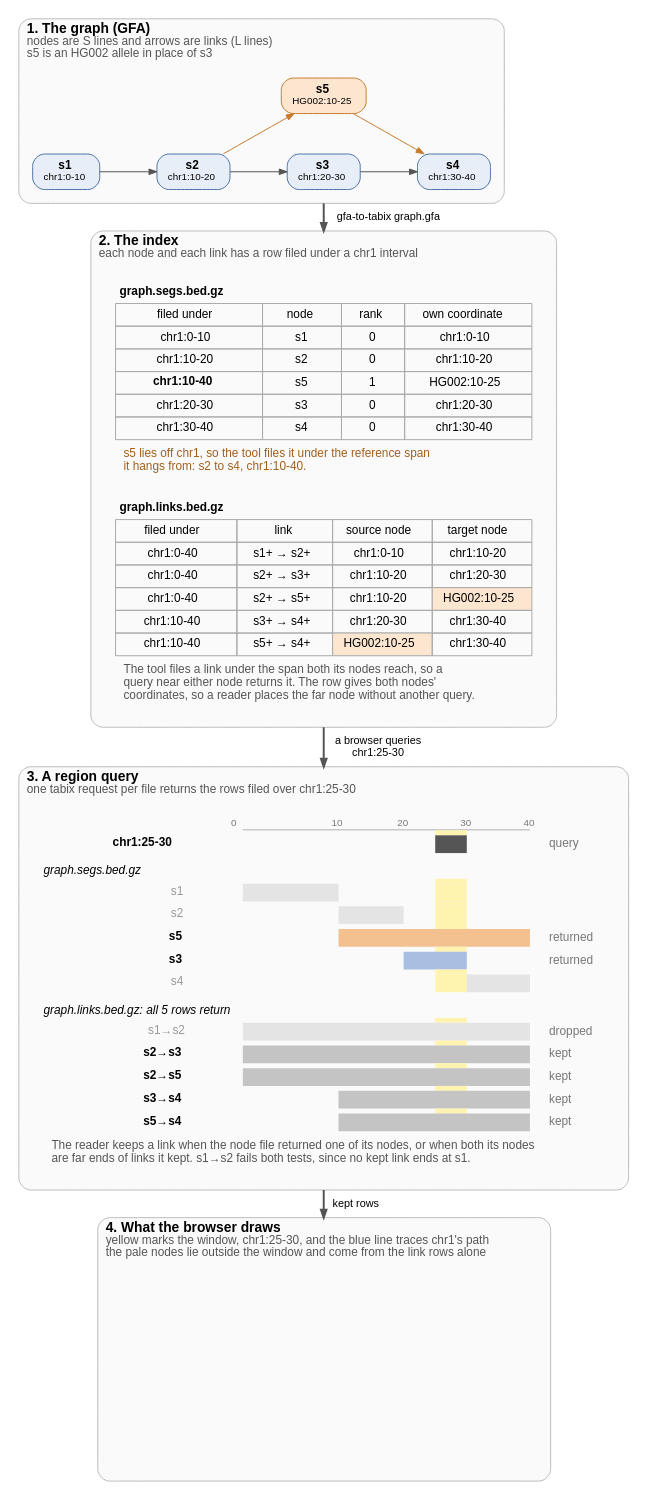
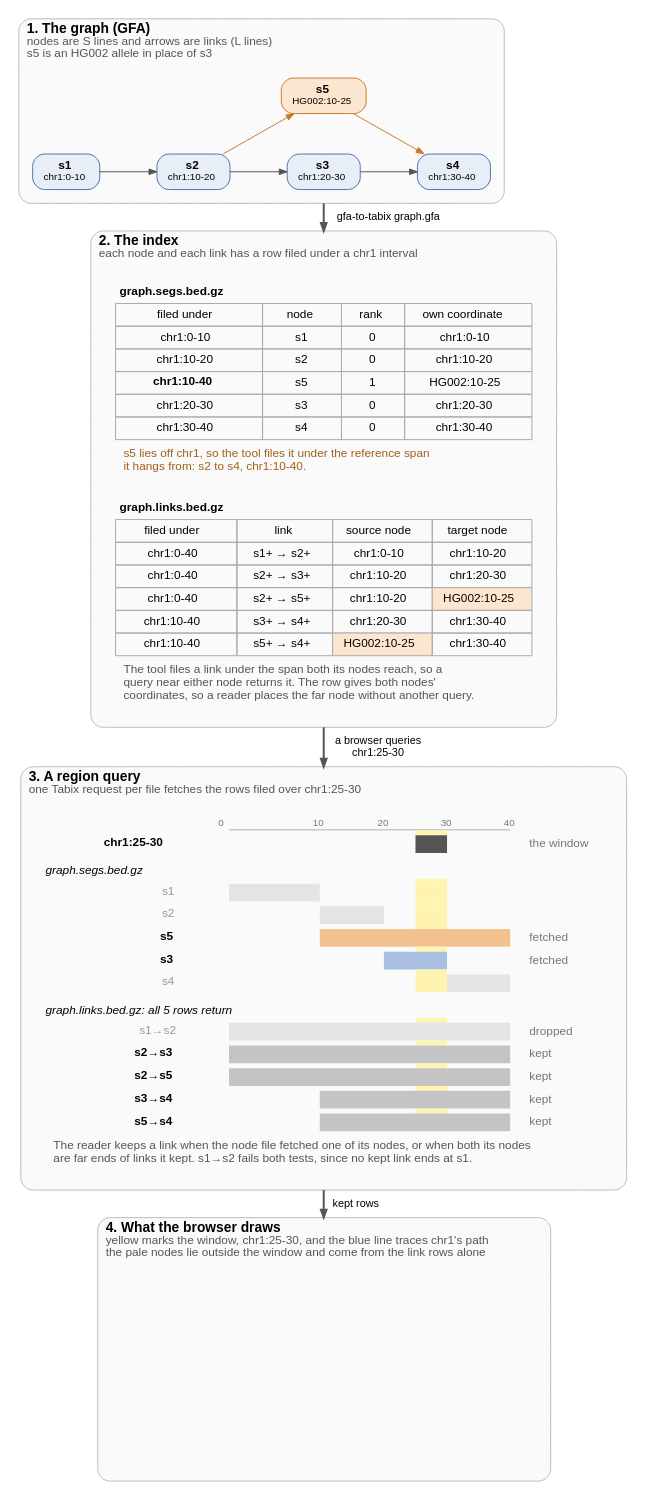
Before and after one commit to GMOD/gfa-to-tabix: the diagram in docs/figures/overview-detail.dot, drawn with Graphviz. The commit also changed 5 other files, not shown here.

First line of the commit message:
Overview figures: say the browser fetches rows to view a window

```diff
--- a/docs/figures/overview-detail.dot
+++ b/docs/figures/overview-detail.dot
@@ -1,117 +1,117 @@
 // scripts/figures.py fills the marked rows from the tool's output and draws this figure
 digraph overview {
   bgcolor="white"
   fontname="Helvetica"
   newrank=true
   compound=true
   nodesep=0.4
   ranksep=0.55
   node [fontname="Helvetica", fontsize=12, shape=box, style="filled,rounded", fillcolor="#e8eef7", color="#4a6fa5", margin="0.15,0.06"]
   edge [fontname="Helvetica", fontsize=11, color="#555555", arrowsize=0.8]
 
   subgraph {
     graph [labeljust=l, fontsize=14, color="#bbbbbb", style="rounded,filled", fillcolor="#fafafa", margin=14]
 
     subgraph cluster_graph {
       label=<<B>1. The graph (GFA)</B><BR ALIGN="LEFT"/><FONT POINT-SIZE="12" COLOR="#555555">nodes are S lines and arrows are links (L lines)</FONT><BR ALIGN="LEFT"/><FONT POINT-SIZE="12" COLOR="#555555">s5 is an HG002 allele in place of s3</FONT><BR ALIGN="LEFT"/>>
       // begin graph
       s1 [label=<<B>s1</B><BR/><FONT POINT-SIZE="10">chr1:0-10</FONT>>]
       s2 [label=<<B>s2</B><BR/><FONT POINT-SIZE="10">chr1:10-20</FONT>>]
       s3 [label=<<B>s3</B><BR/><FONT POINT-SIZE="10">chr1:20-30</FONT>>]
       s4 [label=<<B>s4</B><BR/><FONT POINT-SIZE="10">chr1:30-40</FONT>>]
       s5 [label=<<B>s5</B><BR/><FONT POINT-SIZE="10">HG002:10-25</FONT>>, fillcolor="#fde6cf", color="#c77a2b"]
       {rank=same; s1; s2; s3; s4}
       s1 -> s2 [weight=20]
       s2 -> s3 [weight=20]
       s2 -> s5 [color="#c77a2b", constraint=false]
       s3 -> s4 [weight=20]
       s5 -> s4 [color="#c77a2b", constraint=false]
       s5 -> s3 [style=invis, weight=20]
       // end graph
     }
 
     subgraph cluster_files {
       label=<<B>2. The index</B><BR ALIGN="LEFT"/><FONT POINT-SIZE="12" COLOR="#555555">each node and each link has a row filed under a chr1 interval</FONT><BR ALIGN="LEFT"/>>
       rows [shape=plaintext, style="", label=<
         <TABLE BORDER="0" CELLBORDER="0" CELLSPACING="0" CELLPADDING="0"><TR><TD><TABLE BORDER="0" CELLBORDER="1" CELLSPACING="0" CELLPADDING="4" COLOR="#aaaaaa">
           <TR><TD COLSPAN="4" BORDER="0" ALIGN="LEFT"><B>graph.segs.bed.gz</B></TD></TR>
           <TR BGCOLOR="#dddddd"><TD>filed under</TD><TD>node</TD><TD>rank</TD><TD>own coordinate</TD></TR>
           <!-- begin segs -->
           <TR BGCOLOR="#e8eef7"><TD>chr1:0-10</TD><TD>s1</TD><TD>0</TD><TD>chr1:0-10</TD></TR>
           <TR BGCOLOR="#e8eef7"><TD>chr1:10-20</TD><TD>s2</TD><TD>0</TD><TD>chr1:10-20</TD></TR>
           <TR BGCOLOR="#fde6cf"><TD><B>chr1:10-40</B></TD><TD>s5</TD><TD>1</TD><TD>HG002:10-25</TD></TR>
           <TR BGCOLOR="#e8eef7"><TD>chr1:20-30</TD><TD>s3</TD><TD>0</TD><TD>chr1:20-30</TD></TR>
           <TR BGCOLOR="#e8eef7"><TD>chr1:30-40</TD><TD>s4</TD><TD>0</TD><TD>chr1:30-40</TD></TR>
           <!-- end segs -->
           <!-- begin segs-caption -->
           <TR><TD BORDER="0" CELLPADDING="8" COLSPAN="4" ALIGN="LEFT" BALIGN="LEFT"><FONT POINT-SIZE="12" COLOR="#a15f1c">s5 lies off chr1, so the tool files it under the reference span<BR/>it hangs from: s2 to s4, chr1:10-40.</FONT></TD></TR>
           <!-- end segs-caption -->
         </TABLE></TD></TR>
         <TR><TD HEIGHT="18"></TD></TR>
         <TR><TD><TABLE BORDER="0" CELLBORDER="1" CELLSPACING="0" CELLPADDING="4" COLOR="#aaaaaa">
           <TR><TD COLSPAN="4" BORDER="0" ALIGN="LEFT"><B>graph.links.bed.gz</B></TD></TR>
           <TR BGCOLOR="#dddddd"><TD>filed under</TD><TD>link</TD><TD>source node</TD><TD>target node</TD></TR>
           <!-- begin links -->
           <TR BGCOLOR="#f2f2f2"><TD>chr1:0-40</TD><TD>s1+ → s2+</TD><TD>chr1:0-10</TD><TD>chr1:10-20</TD></TR>
           <TR BGCOLOR="#f2f2f2"><TD>chr1:0-40</TD><TD>s2+ → s3+</TD><TD>chr1:10-20</TD><TD>chr1:20-30</TD></TR>
           <TR BGCOLOR="#f2f2f2"><TD>chr1:0-40</TD><TD>s2+ → s5+</TD><TD>chr1:10-20</TD><TD BGCOLOR="#fde6cf">HG002:10-25</TD></TR>
           <TR BGCOLOR="#f2f2f2"><TD>chr1:10-40</TD><TD>s3+ → s4+</TD><TD>chr1:20-30</TD><TD>chr1:30-40</TD></TR>
           <TR BGCOLOR="#f2f2f2"><TD>chr1:10-40</TD><TD>s5+ → s4+</TD><TD BGCOLOR="#fde6cf">HG002:10-25</TD><TD>chr1:30-40</TD></TR>
           <!-- end links -->
           <TR><TD COLSPAN="4" BORDER="0" CELLPADDING="8" ALIGN="LEFT" BALIGN="LEFT"><FONT POINT-SIZE="12" COLOR="#555555">The tool files a link under the span both its nodes reach, so a<BR/>query near either node returns it. The row gives both nodes'<BR/>coordinates, so a reader places the far node without another query.</FONT></TD></TR>
         </TABLE></TD></TR></TABLE>>]
     }
 
     subgraph cluster_query {
-      label=<<B>3. A region query</B><BR ALIGN="LEFT"/><FONT POINT-SIZE="12" COLOR="#555555">one tabix request per file returns the rows filed over chr1:25-30</FONT><BR ALIGN="LEFT"/>>
+      label=<<B>3. A region query</B><BR ALIGN="LEFT"/><FONT POINT-SIZE="12" COLOR="#555555">one Tabix request per file fetches the rows filed over chr1:25-30</FONT><BR ALIGN="LEFT"/>>
       hits [shape=plaintext, style="", label=<
         <TABLE BORDER="0" CELLBORDER="0" CELLSPACING="0" CELLPADDING="0">
           <!-- begin lanes -->
           <TR><TD></TD><TD WIDTH="16"></TD><TD WIDTH="16"></TD><TD WIDTH="16"></TD><TD WIDTH="16"></TD><TD WIDTH="16"></TD><TD WIDTH="16"></TD><TD WIDTH="16"></TD><TD WIDTH="16"></TD><TD WIDTH="16"></TD><TD WIDTH="16"></TD><TD WIDTH="16"></TD><TD WIDTH="16"></TD><TD WIDTH="16"></TD><TD WIDTH="16"></TD><TD WIDTH="16"></TD><TD WIDTH="16"></TD><TD WIDTH="16"></TD><TD WIDTH="16"></TD><TD></TD></TR>
           <TR><TD></TD><TD COLSPAN="2"><FONT POINT-SIZE="10" COLOR="#777777">0</FONT></TD><TD COLSPAN="2"></TD><TD COLSPAN="2"><FONT POINT-SIZE="10" COLOR="#777777">10</FONT></TD><TD COLSPAN="2"></TD><TD COLSPAN="2"><FONT POINT-SIZE="10" COLOR="#777777">20</FONT></TD><TD COLSPAN="2"></TD><TD COLSPAN="2"><FONT POINT-SIZE="10" COLOR="#777777">30</FONT></TD><TD COLSPAN="2"></TD><TD COLSPAN="2"><FONT POINT-SIZE="10" COLOR="#777777">40</FONT></TD><TD></TD></TR>
           <TR><TD HEIGHT="1"></TD><TD></TD><TD COLSPAN="16" BGCOLOR="#999999"></TD><TD></TD><TD></TD></TR>
           <TR><TD HEIGHT="5"></TD><TD></TD><TD></TD><TD></TD><TD></TD><TD></TD><TD></TD><TD></TD><TD></TD><TD></TD><TD></TD><TD></TD><TD BGCOLOR="#fff3b0"></TD><TD BGCOLOR="#fff3b0"></TD><TD></TD><TD></TD><TD></TD><TD></TD><TD></TD><TD></TD></TR>
-          <TR><TD ALIGN="RIGHT" HEIGHT="18"><B>chr1:25-30</B>  </TD><TD></TD><TD COLSPAN="10"></TD><TD COLSPAN="2" BGCOLOR="#555555"></TD><TD COLSPAN="4"></TD><TD></TD><TD ALIGN="LEFT"><FONT POINT-SIZE="12" COLOR="#777777">  query</FONT></TD></TR>
+          <TR><TD ALIGN="RIGHT" HEIGHT="18"><B>chr1:25-30</B>  </TD><TD></TD><TD COLSPAN="10"></TD><TD COLSPAN="2" BGCOLOR="#555555"></TD><TD COLSPAN="4"></TD><TD></TD><TD ALIGN="LEFT"><FONT POINT-SIZE="12" COLOR="#777777">  the window</FONT></TD></TR>
           <TR><TD COLSPAN="20" ALIGN="LEFT" HEIGHT="26" VALIGN="BOTTOM"><I>graph.segs.bed.gz</I></TD></TR>
           <TR><TD HEIGHT="5"></TD><TD></TD><TD></TD><TD></TD><TD></TD><TD></TD><TD></TD><TD></TD><TD></TD><TD></TD><TD></TD><TD></TD><TD BGCOLOR="#fff3b0"></TD><TD BGCOLOR="#fff3b0"></TD><TD></TD><TD></TD><TD></TD><TD></TD><TD></TD><TD></TD></TR>
           <TR><TD ALIGN="RIGHT" HEIGHT="18"><FONT COLOR="#999999">s1</FONT>  </TD><TD></TD><TD COLSPAN="4" BGCOLOR="#e4e4e4"></TD><TD COLSPAN="6"></TD><TD COLSPAN="2" BGCOLOR="#fff3b0"></TD><TD COLSPAN="4"></TD><TD></TD><TD ALIGN="LEFT"></TD></TR>
           <TR><TD HEIGHT="5"></TD><TD></TD><TD></TD><TD></TD><TD></TD><TD></TD><TD></TD><TD></TD><TD></TD><TD></TD><TD></TD><TD></TD><TD BGCOLOR="#fff3b0"></TD><TD BGCOLOR="#fff3b0"></TD><TD></TD><TD></TD><TD></TD><TD></TD><TD></TD><TD></TD></TR>
           <TR><TD ALIGN="RIGHT" HEIGHT="18"><FONT COLOR="#999999">s2</FONT>  </TD><TD></TD><TD COLSPAN="4"></TD><TD COLSPAN="4" BGCOLOR="#e4e4e4"></TD><TD COLSPAN="2"></TD><TD COLSPAN="2" BGCOLOR="#fff3b0"></TD><TD COLSPAN="4"></TD><TD></TD><TD ALIGN="LEFT"></TD></TR>
           <TR><TD HEIGHT="5"></TD><TD></TD><TD></TD><TD></TD><TD></TD><TD></TD><TD></TD><TD></TD><TD></TD><TD></TD><TD></TD><TD></TD><TD BGCOLOR="#fff3b0"></TD><TD BGCOLOR="#fff3b0"></TD><TD></TD><TD></TD><TD></TD><TD></TD><TD></TD><TD></TD></TR>
-          <TR><TD ALIGN="RIGHT" HEIGHT="18"><B>s5</B>  </TD><TD></TD><TD COLSPAN="4"></TD><TD COLSPAN="12" BGCOLOR="#f3c08f"></TD><TD></TD><TD ALIGN="LEFT"><FONT POINT-SIZE="12" COLOR="#777777">  returned</FONT></TD></TR>
+          <TR><TD ALIGN="RIGHT" HEIGHT="18"><B>s5</B>  </TD><TD></TD><TD COLSPAN="4"></TD><TD COLSPAN="12" BGCOLOR="#f3c08f"></TD><TD></TD><TD ALIGN="LEFT"><FONT POINT-SIZE="12" COLOR="#777777">  fetched</FONT></TD></TR>
           <TR><TD HEIGHT="5"></TD><TD></TD><TD></TD><TD></TD><TD></TD><TD></TD><TD></TD><TD></TD><TD></TD><TD></TD><TD></TD><TD></TD><TD BGCOLOR="#fff3b0"></TD><TD BGCOLOR="#fff3b0"></TD><TD></TD><TD></TD><TD></TD><TD></TD><TD></TD><TD></TD></TR>
-          <TR><TD ALIGN="RIGHT" HEIGHT="18"><B>s3</B>  </TD><TD></TD><TD COLSPAN="8"></TD><TD COLSPAN="4" BGCOLOR="#a9bfe2"></TD><TD COLSPAN="4"></TD><TD></TD><TD ALIGN="LEFT"><FONT POINT-SIZE="12" COLOR="#777777">  returned</FONT></TD></TR>
+          <TR><TD ALIGN="RIGHT" HEIGHT="18"><B>s3</B>  </TD><TD></TD><TD COLSPAN="8"></TD><TD COLSPAN="4" BGCOLOR="#a9bfe2"></TD><TD COLSPAN="4"></TD><TD></TD><TD ALIGN="LEFT"><FONT POINT-SIZE="12" COLOR="#777777">  fetched</FONT></TD></TR>
           <TR><TD HEIGHT="5"></TD><TD></TD><TD></TD><TD></TD><TD></TD><TD></TD><TD></TD><TD></TD><TD></TD><TD></TD><TD></TD><TD></TD><TD BGCOLOR="#fff3b0"></TD><TD BGCOLOR="#fff3b0"></TD><TD></TD><TD></TD><TD></TD><TD></TD><TD></TD><TD></TD></TR>
           <TR><TD ALIGN="RIGHT" HEIGHT="18"><FONT COLOR="#999999">s4</FONT>  </TD><TD></TD><TD COLSPAN="10"></TD><TD COLSPAN="2" BGCOLOR="#fff3b0"></TD><TD COLSPAN="4" BGCOLOR="#e4e4e4"></TD><TD></TD><TD ALIGN="LEFT"></TD></TR>
           <TR><TD COLSPAN="20" ALIGN="LEFT" HEIGHT="26" VALIGN="BOTTOM"><I>graph.links.bed.gz: all 5 rows return</I></TD></TR>
           <TR><TD HEIGHT="5"></TD><TD></TD><TD></TD><TD></TD><TD></TD><TD></TD><TD></TD><TD></TD><TD></TD><TD></TD><TD></TD><TD></TD><TD BGCOLOR="#fff3b0"></TD><TD BGCOLOR="#fff3b0"></TD><TD></TD><TD></TD><TD></TD><TD></TD><TD></TD><TD></TD></TR>
           <TR><TD ALIGN="RIGHT" HEIGHT="18"><FONT COLOR="#999999">s1→s2</FONT>  </TD><TD></TD><TD COLSPAN="16" BGCOLOR="#e4e4e4"></TD><TD></TD><TD ALIGN="LEFT"><FONT POINT-SIZE="12" COLOR="#777777">  dropped</FONT></TD></TR>
           <TR><TD HEIGHT="5"></TD><TD></TD><TD></TD><TD></TD><TD></TD><TD></TD><TD></TD><TD></TD><TD></TD><TD></TD><TD></TD><TD></TD><TD BGCOLOR="#fff3b0"></TD><TD BGCOLOR="#fff3b0"></TD><TD></TD><TD></TD><TD></TD><TD></TD><TD></TD><TD></TD></TR>
           <TR><TD ALIGN="RIGHT" HEIGHT="18"><B>s2→s3</B>  </TD><TD></TD><TD COLSPAN="16" BGCOLOR="#c4c4c4"></TD><TD></TD><TD ALIGN="LEFT"><FONT POINT-SIZE="12" COLOR="#777777">  kept</FONT></TD></TR>
           <TR><TD HEIGHT="5"></TD><TD></TD><TD></TD><TD></TD><TD></TD><TD></TD><TD></TD><TD></TD><TD></TD><TD></TD><TD></TD><TD></TD><TD BGCOLOR="#fff3b0"></TD><TD BGCOLOR="#fff3b0"></TD><TD></TD><TD></TD><TD></TD><TD></TD><TD></TD><TD></TD></TR>
           <TR><TD ALIGN="RIGHT" HEIGHT="18"><B>s2→s5</B>  </TD><TD></TD><TD COLSPAN="16" BGCOLOR="#c4c4c4"></TD><TD></TD><TD ALIGN="LEFT"><FONT POINT-SIZE="12" COLOR="#777777">  kept</FONT></TD></TR>
           <TR><TD HEIGHT="5"></TD><TD></TD><TD></TD><TD></TD><TD></TD><TD></TD><TD></TD><TD></TD><TD></TD><TD></TD><TD></TD><TD></TD><TD BGCOLOR="#fff3b0"></TD><TD BGCOLOR="#fff3b0"></TD><TD></TD><TD></TD><TD></TD><TD></TD><TD></TD><TD></TD></TR>
           <TR><TD ALIGN="RIGHT" HEIGHT="18"><B>s3→s4</B>  </TD><TD></TD><TD COLSPAN="4"></TD><TD COLSPAN="12" BGCOLOR="#c4c4c4"></TD><TD></TD><TD ALIGN="LEFT"><FONT POINT-SIZE="12" COLOR="#777777">  kept</FONT></TD></TR>
           <TR><TD HEIGHT="5"></TD><TD></TD><TD></TD><TD></TD><TD></TD><TD></TD><TD></TD><TD></TD><TD></TD><TD></TD><TD></TD><TD></TD><TD BGCOLOR="#fff3b0"></TD><TD BGCOLOR="#fff3b0"></TD><TD></TD><TD></TD><TD></TD><TD></TD><TD></TD><TD></TD></TR>
           <TR><TD ALIGN="RIGHT" HEIGHT="18"><B>s5→s4</B>  </TD><TD></TD><TD COLSPAN="4"></TD><TD COLSPAN="12" BGCOLOR="#c4c4c4"></TD><TD></TD><TD ALIGN="LEFT"><FONT POINT-SIZE="12" COLOR="#777777">  kept</FONT></TD></TR>
           <!-- end lanes -->
           <!-- begin keep-caption -->
-          <TR><TD BORDER="0" CELLPADDING="8" COLSPAN="20" ALIGN="LEFT" BALIGN="LEFT"><FONT POINT-SIZE="12" COLOR="#555555">The reader keeps a link when the node file returned one of its nodes, or when both its nodes<BR/>are far ends of links it kept. s1→s2 fails both tests, since no kept link ends at s1.</FONT></TD></TR>
+          <TR><TD BORDER="0" CELLPADDING="8" COLSPAN="20" ALIGN="LEFT" BALIGN="LEFT"><FONT POINT-SIZE="12" COLOR="#555555">The reader keeps a link when the node file fetched one of its nodes, or when both its nodes<BR/>are far ends of links it kept. s1→s2 fails both tests, since no kept link ends at s1.</FONT></TD></TR>
           <!-- end keep-caption -->
         </TABLE>>]
     }
 
     subgraph cluster_drawn {
       label=<<B>4. What the browser draws</B><BR ALIGN="LEFT"/><FONT POINT-SIZE="12" COLOR="#555555">yellow marks the window, chr1:25-30, and the blue line traces chr1's path<BR ALIGN="LEFT"/>the pale nodes lie outside the window and come from the link rows alone</FONT><BR ALIGN="LEFT"/>>
       // begin drawn
       drawn [shape=box, style="", color=transparent, label="", fixedsize=true, width=5.29, height=2.68]
       // end drawn
     }
   }
 
   // begin arrows
   s3 -> rows [ltail=cluster_graph, lhead=cluster_files, label="  gfa-to-tabix graph.gfa", penwidth=2]
   rows -> hits [ltail=cluster_files, lhead=cluster_query, label="  a browser queries\n  chr1:25-30", penwidth=2]
   hits -> drawn [ltail=cluster_query, lhead=cluster_drawn, label="  kept rows", penwidth=2]
   // end arrows
 }
```
